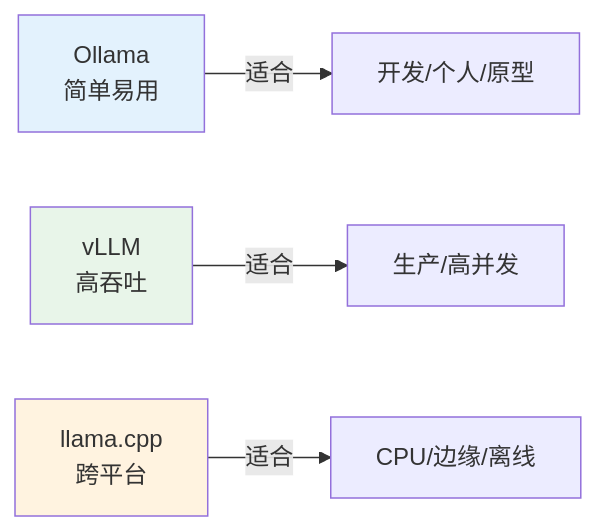
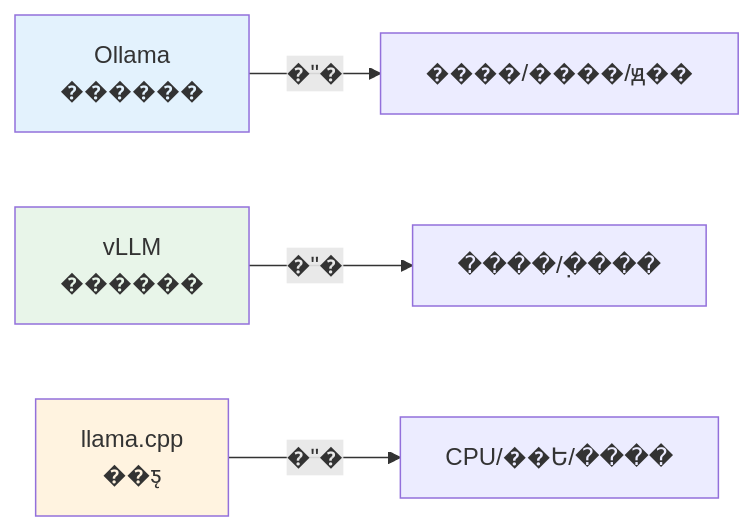
One commit to TimeHunter618/hugo-maid-dev changed the ninth of 9 diagrams in content/post/ai-interview/大模型如何做本地化部署.zh-CN.md. Above: the diagram before and after it, drawn with Mermaid. The commit also changed other lines of this file and 70 other files, not shown here.

````diff
--- a/content/post/ai-interview/大模型如何做本地化部署.zh-CN.md
+++ b/content/post/ai-interview/大模型如何做本地化部署.zh-CN.md
@@ -509,10 +509,10 @@
 ```mermaid
 graph LR
-    A[Ollama<br/>简单易用] -->|适合| B[开发/个人/原型]
-    C[vLLM<br/>高吞吐] -->|适合| D[生产/高并发]
-    E[llama.cpp<br/>跨平台] -->|适合| F[CPU/边缘/离线]
+    A[Ollama<br/>������] -->|�ʺ�| B[����/����/ԭ��]
+    C[vLLM<br/>������] -->|�ʺ�| D[����/�߲���]
+    E[llama.cpp<br/>��ƽ̨] -->|�ʺ�| F[CPU/��Ե/����]
 
     style A fill:#e3f2fd
     style C fill:#e8f5e9
     style E fill:#fff3e0
 ```
````
